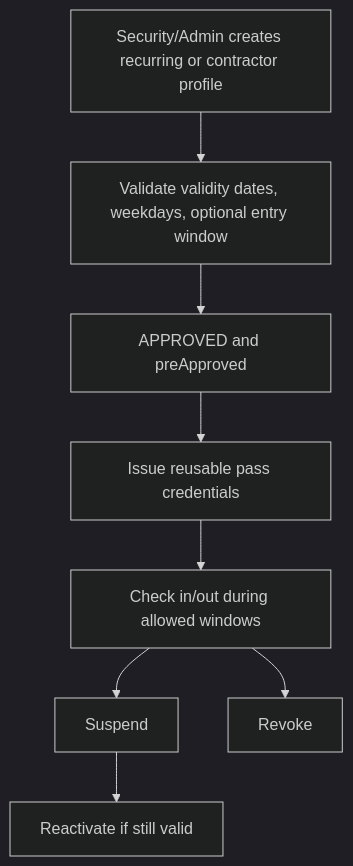
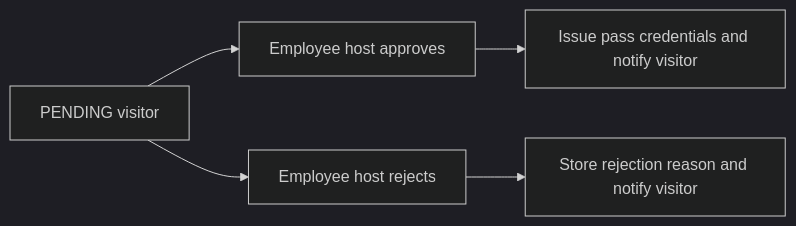
Diagram 17 of 42 in PROJECT_OVERVIEW.md (digitaldodo/visitor-management-system), drawn with Mermaid (dark theme) before and after one commit. The commit also changed other lines of this file and 1 other file, not shown here.

````diff
--- a/PROJECT_OVERVIEW.md
+++ b/PROJECT_OVERVIEW.md
@@ -273,10 +384,7 @@
 ```mermaid
-flowchart TD
-    Create["Security/Admin creates recurring or contractor profile"] --> Window["Validate validity dates, weekdays, optional entry window"]
-    Window --> Approve["APPROVED and preApproved"]
-    Approve --> Reusable["Issue reusable pass credentials"]
-    Reusable --> Use["Check in/out during allowed windows"]
-    Use --> Suspend["Suspend"]
-    Use --> Revoke["Revoke"]
-    Suspend --> Reactivate["Reactivate if still valid"]
+flowchart LR
+    Pending["PENDING visitor"] --> Approve["Employee host approves"]
+    Pending --> Reject["Employee host rejects"]
+    Approve --> Pass["Issue pass credentials and notify visitor"]
+    Reject --> Denied["Store rejection reason and notify visitor"]
 ```
````
